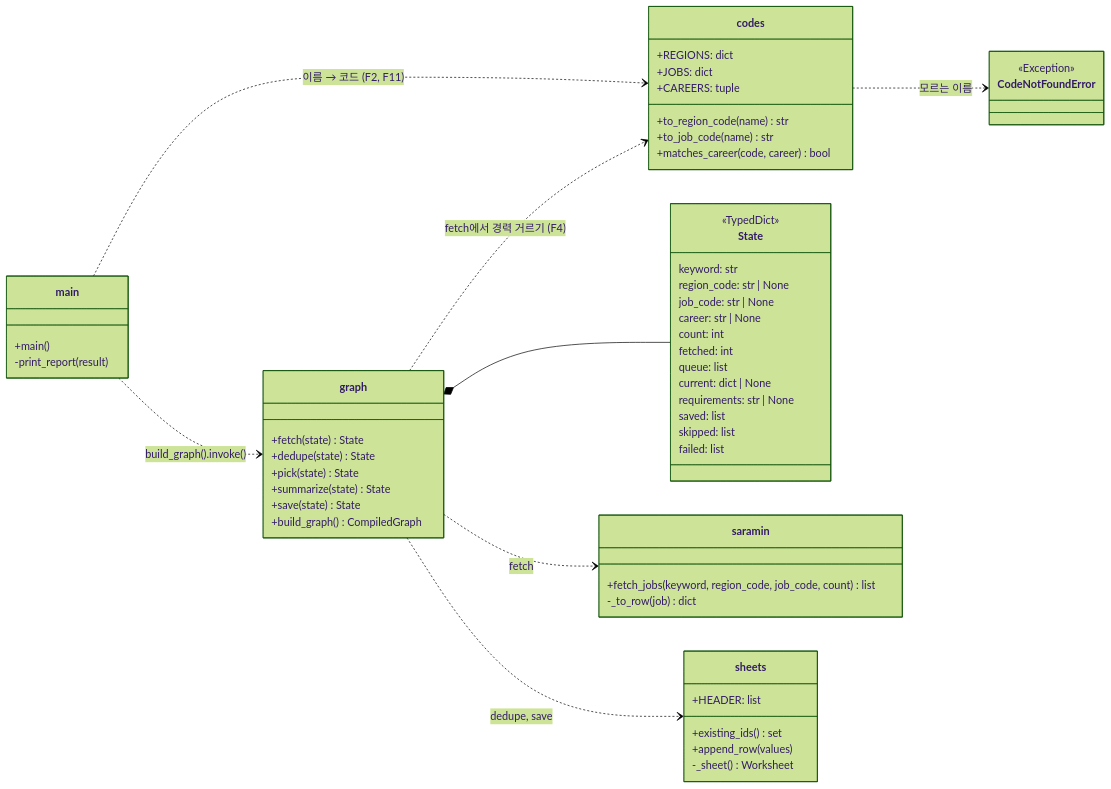
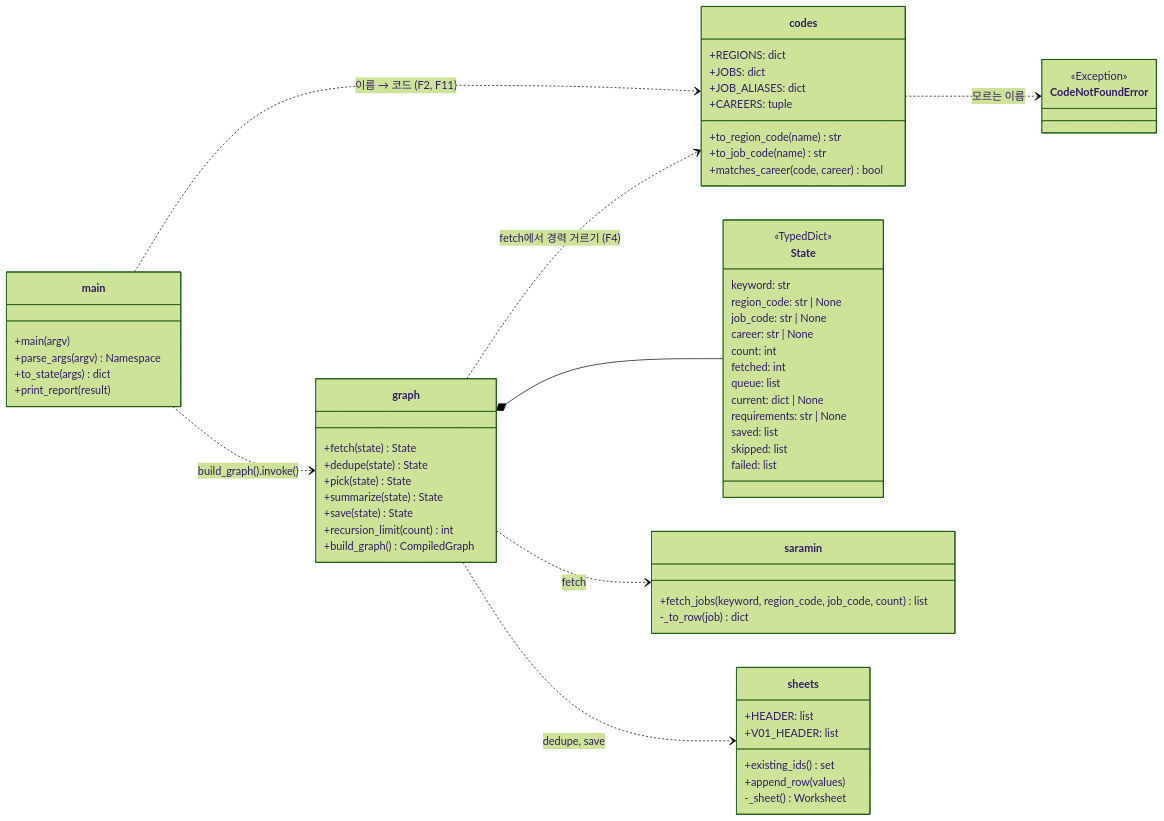
One commit to wogud98/jobvis changed the second of 4 diagrams in docs/v0.2/02-design.md. Above: the diagram before and after it, drawn with Mermaid (forest theme). The commit also changed other lines of this file and 13 other files, not shown here.

````diff
--- a/docs/v0.2/02-design.md
+++ b/docs/v0.2/02-design.md
@@ -42,59 +42,64 @@
 ```mermaid
 classDiagram
     direction LR
     class main {
-        +main()
-        -print_report(result)
+        +main(argv)
+        +parse_args(argv) Namespace
+        +to_state(args) dict
+        +print_report(result)
     }
     class codes {
         +REGIONS: dict
         +JOBS: dict
+        +JOB_ALIASES: dict
         +CAREERS: tuple
         +to_region_code(name) str
         +to_job_code(name) str
         +matches_career(code, career) bool
     }
     class graph {
         +fetch(state) State
         +dedupe(state) State
         +pick(state) State
         +summarize(state) State
         +save(state) State
+        +recursion_limit(count) int
         +build_graph() CompiledGraph
     }
     class State {
         <<TypedDict>>
         keyword: str
         region_code: str | None
         job_code: str | None
         career: str | None
         count: int
         fetched: int
         queue: list
         current: dict | None
         requirements: str | None
         saved: list
         skipped: list
         failed: list
     }
     class saramin {
         +fetch_jobs(keyword, region_code, job_code, count) list
         -_to_row(job) dict
     }
     class sheets {
         +HEADER: list
+        +V01_HEADER: list
         +existing_ids() set
         +append_row(values)
         -_sheet() Worksheet
     }
     class CodeNotFoundError {
         <<Exception>>
     }
     main ..> codes : 이름 → 코드 (F2, F11)
     main ..> graph : build_graph().invoke()
     graph *-- State
     graph ..> saramin : fetch
     graph ..> codes : fetch에서 경력 거르기 (F4)
     graph ..> sheets : dedupe, save
     codes ..> CodeNotFoundError : 모르는 이름
 ```
````
